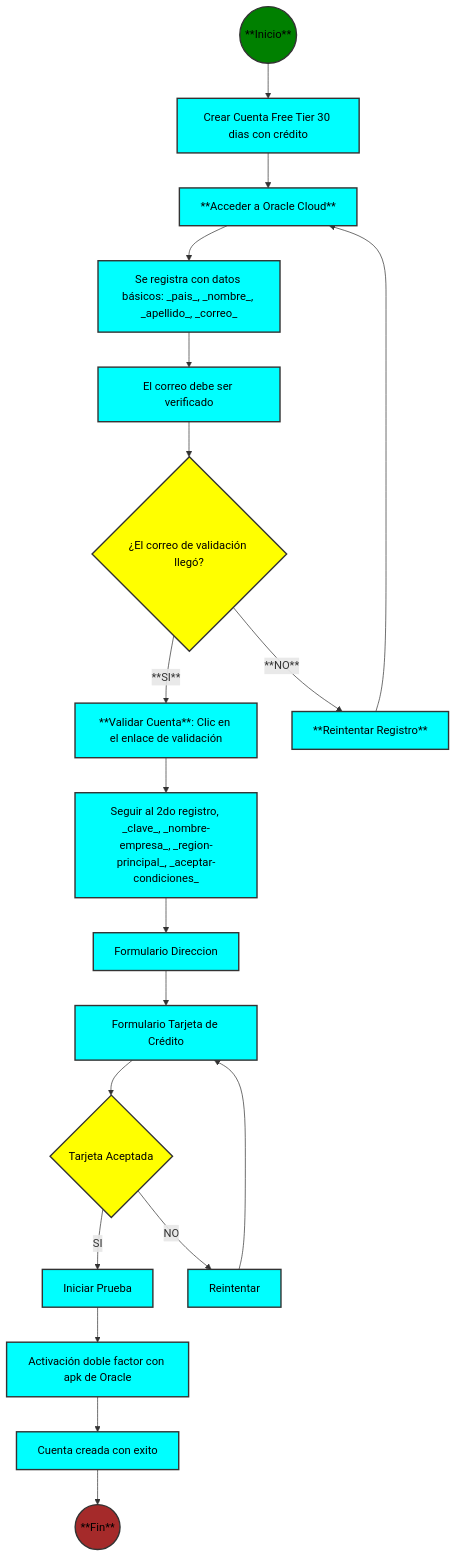
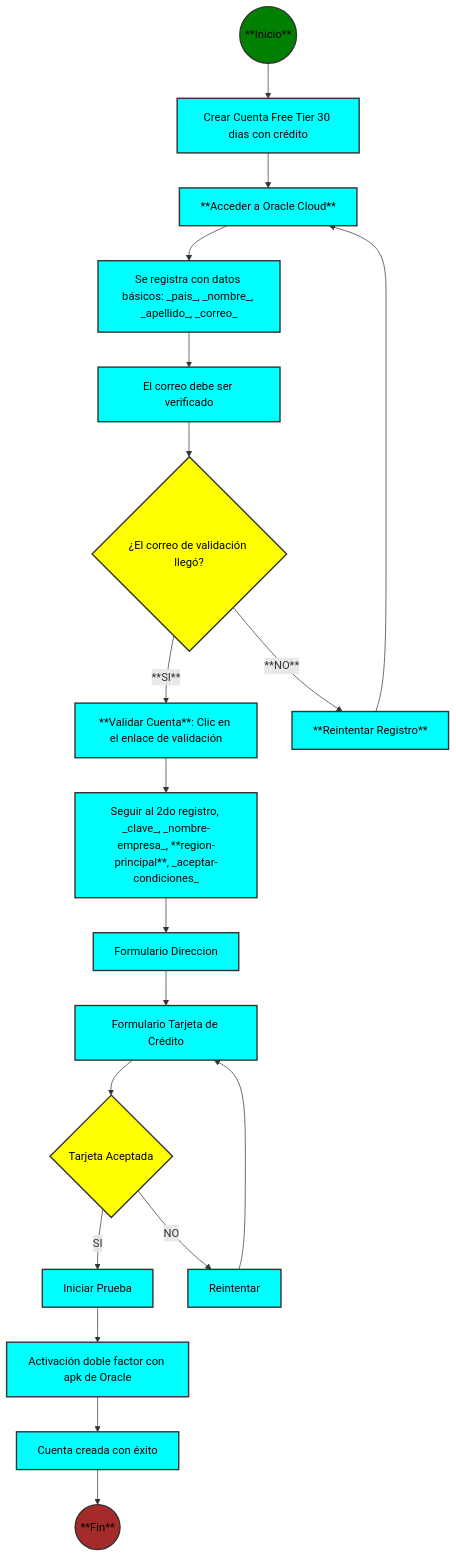
One commit to sanchezluys/Oracle-Cloud-Infrastructure-ONE changed the first of 5 diagrams in clases/0.- Diagrama de flujo.md. Above: the diagram before and after it, drawn with Mermaid. The commit also changed other lines of this file, not shown here.

````diff
--- a/clases/0.- Diagrama de flujo.md
+++ b/clases/0.- Diagrama de flujo.md
@@ -5,36 +5,36 @@
 ```mermaid
 flowchart TD
     %% Version 1.0: sanchezluys 2024
     inicio((**Inicio**))-->
     crearCuenta[Crear Cuenta Free Tier 30 dias con crédito] 
     --> accederOracle[**Acceder a Oracle Cloud**]
     click accederOracle "https://www.oracle.com/cloud/free/" "Ir a Oracle Cloud Free Tier"
     accederOracle --> registrarDatos[Se registra con datos básicos: _pais_, _nombre_, _apellido_, _correo_]
     registrarDatos --> verificarCorreo[El correo debe ser verificado]
     verificarCorreo --> correoLlego{¿El correo de validación llegó?}
     correoLlego -->|**SI** | validarCuenta[**Validar Cuenta**: Clic en el enlace de validación]
     correoLlego -->|**NO** | reintentarRegistro[**Reintentar Registro**]
     reintentarRegistro --> accederOracle
-    validarCuenta --> seguirRegistro[Seguir al 2do registro, _clave_, _nombre-empresa_, _region-principal_, _aceptar-condiciones_]
+    validarCuenta --> seguirRegistro[Seguir al 2do registro, _clave_, _nombre-empresa_, **region-principal**, _aceptar-condiciones_]
     seguirRegistro --> formDatosPer[Formulario Direccion]
     formDatosPer --> formTDC[Formulario Tarjeta de Crédito]
     formTDC --> aceptaTDC{Tarjeta Aceptada}
     aceptaTDC --> |SI| iniciarPrueba[Iniciar Prueba]
     aceptaTDC --> |NO| reintentarTDC[Reintentar]-->formTDC
     iniciarPrueba --> dobleFactor[Activación doble factor con apk de Oracle]
-    -->cuentaActiva[Cuenta creada con exito]
+    -->cuentaActiva[Cuenta creada con éxito]
     -->finDiagrama((**Fin**))
     %%********************************
     %% Definir una clase para el estilo
     classDef inicio fill:green,stroke:#333,stroke-width:2px, color:#000
     classDef bloque fill:cyan,stroke:#333,stroke-width:2px, color:#000
     classDef condicional fill:yellow,stroke:#333,stroke-width:2px, color:#000
     classDef fin fill:brown,stroke:#333,stroke-width:2px, color:#000
     %%********************************
     %% Aplicar el estilo a varios bloques
     class inicio inicio
     class accederOracle,registrarDatos,verificarCorreo,reintentarRegistro,validarCuenta,reintentarRegistro,seguirRegistro,formDatosPer,formTDC bloque
     class iniciarPrueba,reintentarTDC,cuentaActiva,dobleFactor,crearCuenta bloque
     class correoLlego,aceptaTDC condicional
     class finDiagrama fin
 ```
````
